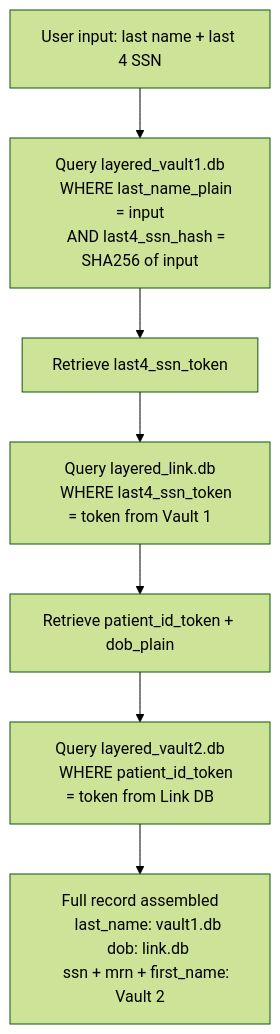
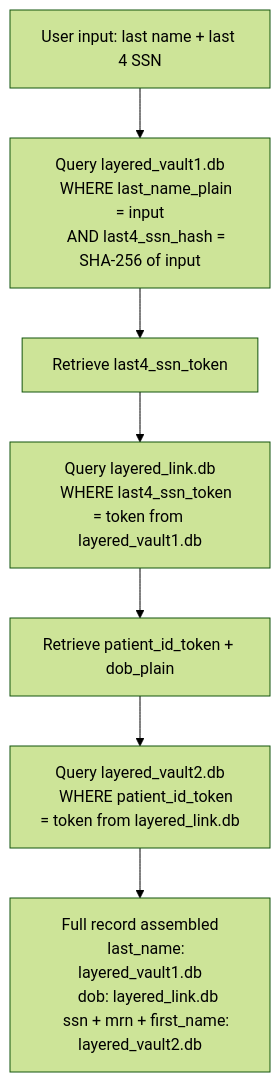
The fourth of 4 diagrams in README.md (TheRealBastioul/ClearChart-C769-Project), drawn with Mermaid (forest theme) before and after one commit. The commit also changed other lines of this file, not shown here.

Commit message:
Update repository links and fix text formatting

````diff
--- a/README.md
+++ b/README.md
@@ -161,25 +161,25 @@
 ```mermaid
 flowchart TD
     USER["User input: last name + last 4 SSN"]
 
     V1Q["Query layered_vault1.db
     WHERE last_name_plain = input
-    AND last4_ssn_hash = SHA256 of input"]
+    AND last4_ssn_hash = SHA-256 of input"]
 
     V1R["Retrieve last4_ssn_token"]
 
     LDBQ["Query layered_link.db
-    WHERE last4_ssn_token = token from Vault 1"]
+    WHERE last4_ssn_token = token from layered_vault1.db"]
 
     LDBR["Retrieve patient_id_token + dob_plain"]
 
     V2Q["Query layered_vault2.db
-    WHERE patient_id_token = token from Link DB"]
+    WHERE patient_id_token = token from layered_link.db"]
 
     ASSEMBLE["Full record assembled
-    last_name: vault1.db
-    dob: link.db
-    ssn + mrn + first_name: Vault 2"]
+    last_name: layered_vault1.db
+    dob: layered_link.db
+    ssn + mrn + first_name: layered_vault2.db"]
 
     USER --> V1Q --> V1R --> LDBQ --> LDBR --> V2Q --> ASSEMBLE
 ```
````
